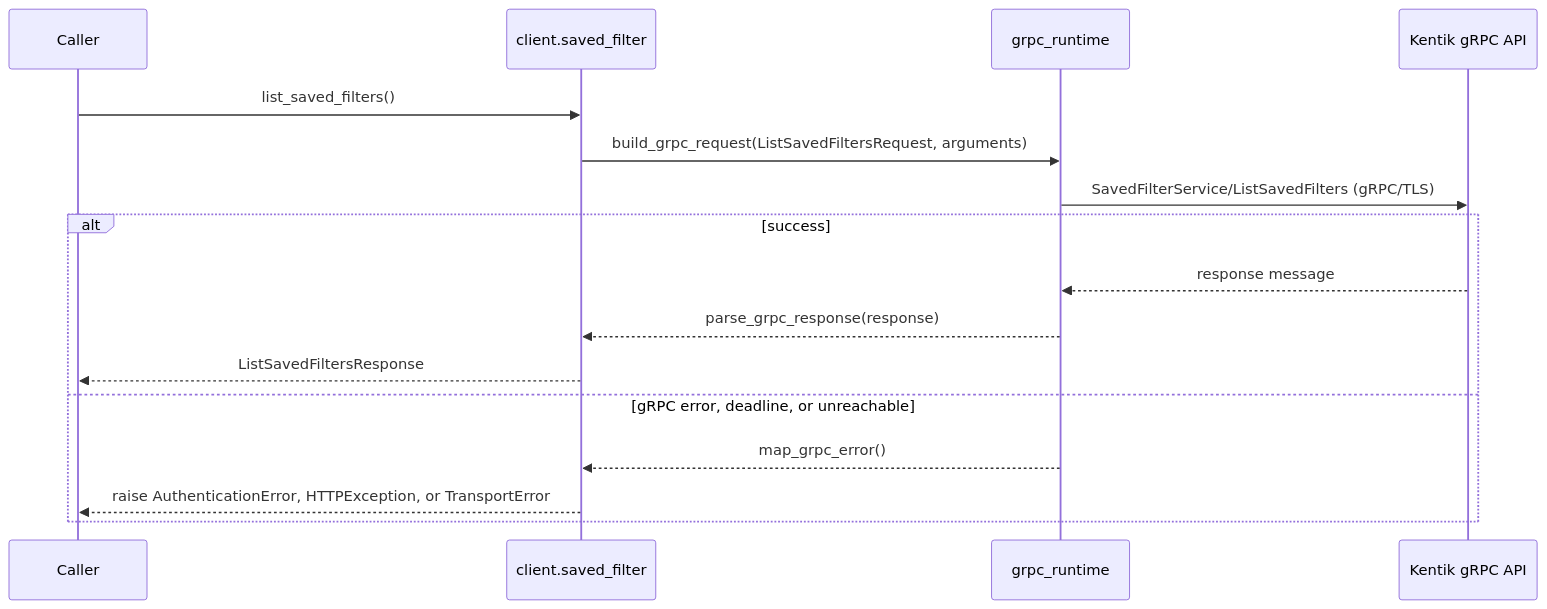
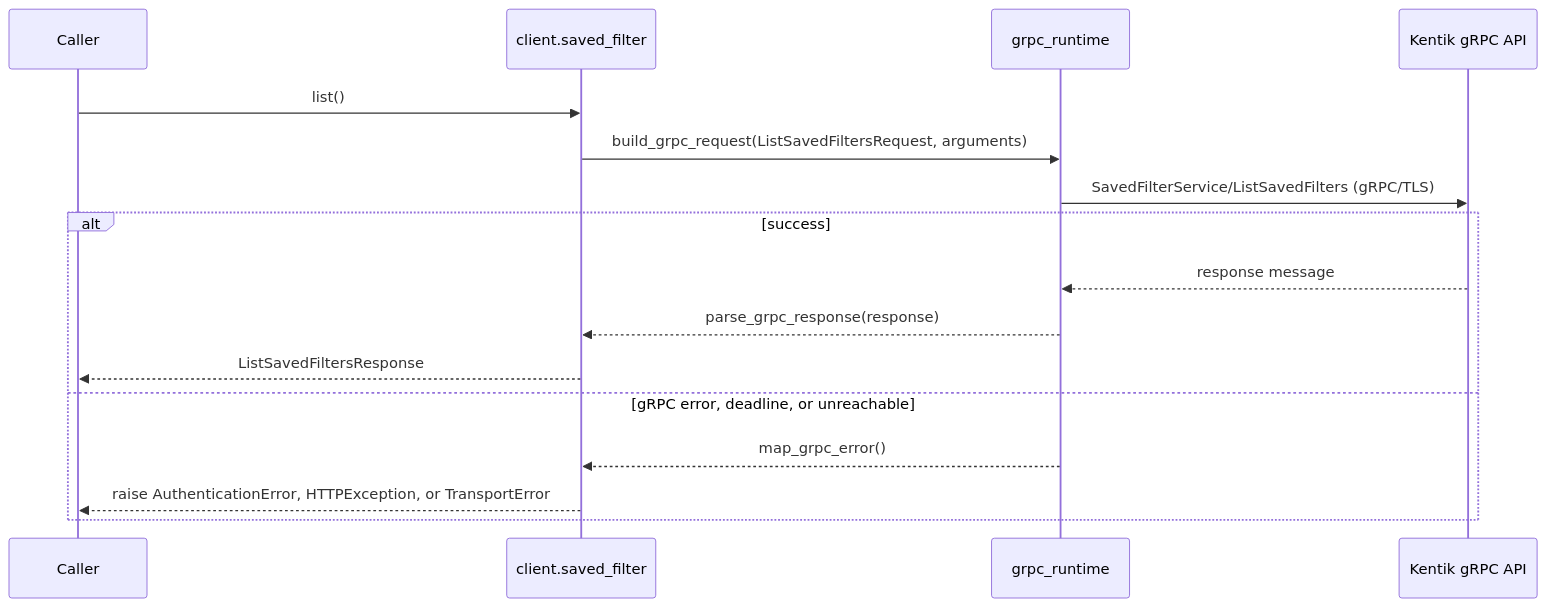
One commit to alexdearaujo/community_sdk_python changed diagram 11 of 14 in docs/sphinx/services/saved_filter.md. Above: the diagram before and after it, drawn with Mermaid. The commit also changed other lines of this file and 119 other files, not shown here.

````diff
--- a/docs/sphinx/services/saved_filter.md
+++ b/docs/sphinx/services/saved_filter.md
@@ -367,19 +367,19 @@
 ```mermaid
 sequenceDiagram
     participant C as Caller
     participant W as client.saved_filter
     participant R as grpc_runtime
     participant API as Kentik gRPC API
 
-    C->>W: list_saved_filters()
+    C->>W: list()
     W->>R: build_grpc_request(ListSavedFiltersRequest, arguments)
     R->>API: SavedFilterService/ListSavedFilters (gRPC/TLS)
     alt success
         API-->>R: response message
         R-->>W: parse_grpc_response(response)
         W-->>C: ListSavedFiltersResponse
     else gRPC error, deadline, or unreachable
         R-->>W: map_grpc_error()
         W-->>C: raise AuthenticationError, HTTPException, or TransportError
     end
 ```
````
